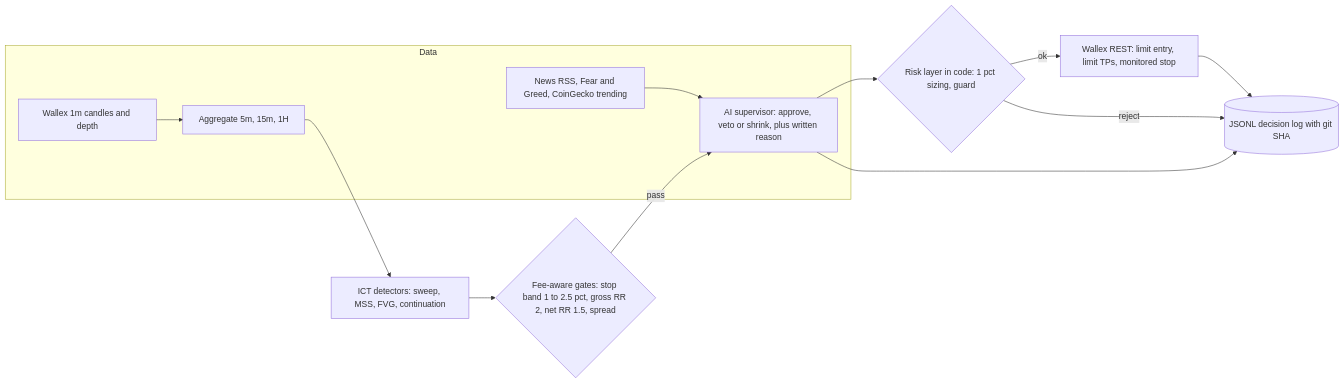
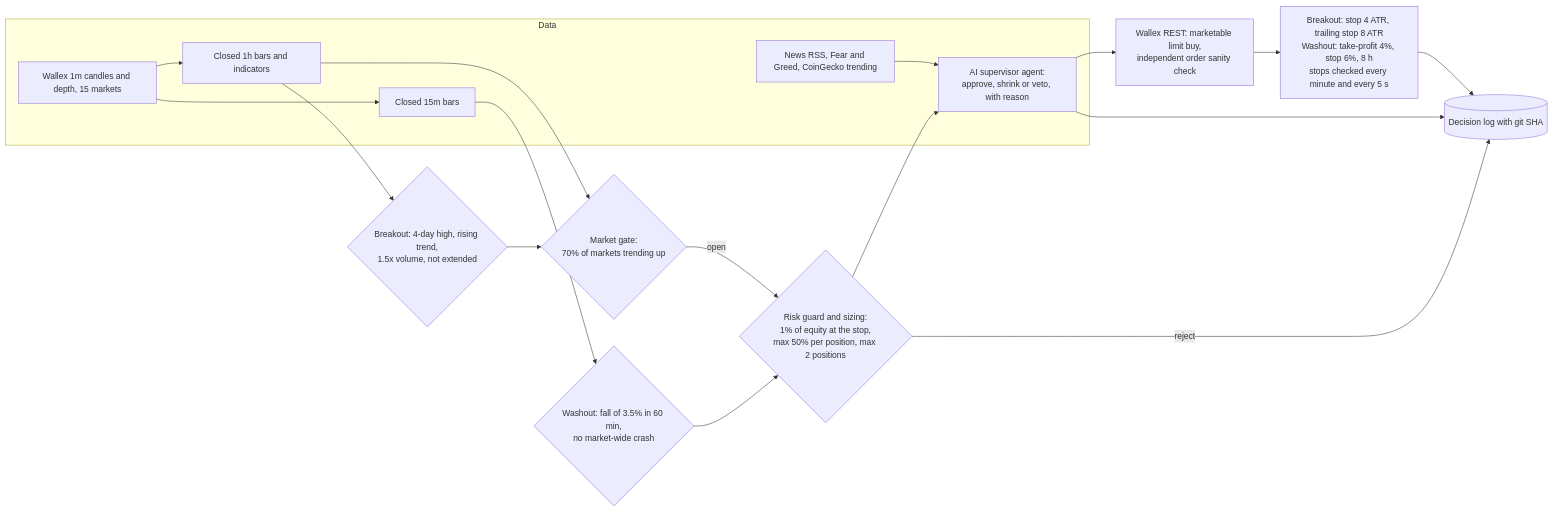
One commit to united-states-arak/wallex changed the first of 2 diagrams in docs/OVERVIEW.md. Above: the diagram before and after it, drawn with Mermaid. The commit also changed other lines of this file and 152 other files, not shown here.

````diff
--- a/docs/OVERVIEW.md
+++ b/docs/OVERVIEW.md
@@ -7,16 +7,20 @@
 ```mermaid
 flowchart LR
     subgraph Data
-        W["Wallex 1m candles and depth"] --> AGG
+        W["Wallex 1m candles and depth, 15 markets"] --> H["Closed 1h bars and indicators"]
+        W --> Q["Closed 15m bars"]
         N["News RSS, Fear and Greed, CoinGecko trending"] --> AI
-        AGG["Aggregate 5m, 15m, 1H"]
     end
-    AGG --> DET["ICT detectors: sweep, MSS, FVG, continuation"]
-    DET --> GATE{"Fee-aware gates: stop band 1 to 2.5 pct, gross RR 2, net RR 1.5, spread"}
-    GATE -- pass --> AI["AI supervisor: approve, veto or shrink, plus written reason"]
-    AI --> RISK{"Risk layer in code: 1 pct sizing, guard"}
-    RISK -- ok --> EX["Wallex REST: limit entry, limit TPs, monitored stop"]
-    EX --> LOG[("JSONL decision log with git SHA")]
+    H --> SIG{"Breakout: 4-day high, rising trend,<br/>1.5x volume, not extended"}
+    H --> GATE{"Market gate:<br/>70% of markets trending up"}
+    SIG --> GATE
+    Q --> WO{"Washout: fall of 3.5% in 60 min,<br/>no market-wide crash"}
+    GATE -- open --> RISK{"Risk guard and sizing:<br/>1% of equity at the stop,<br/>max 50% per position, max 2 positions"}
+    WO --> RISK
+    RISK --> AI["AI supervisor agent:<br/>approve, shrink or veto, with reason"]
+    AI --> EX["Wallex REST: marketable limit buy,<br/>independent order sanity check"]
+    EX --> MAN["Breakout: stop 4 ATR, trailing stop 8 ATR<br/>Washout: take-profit 4%, stop 6%, 8 h<br/>stops checked every minute and every 5 s"]
+    MAN --> LOG[("Decision log with git SHA")]
     AI --> LOG
     RISK -- reject --> LOG
 ```
````
